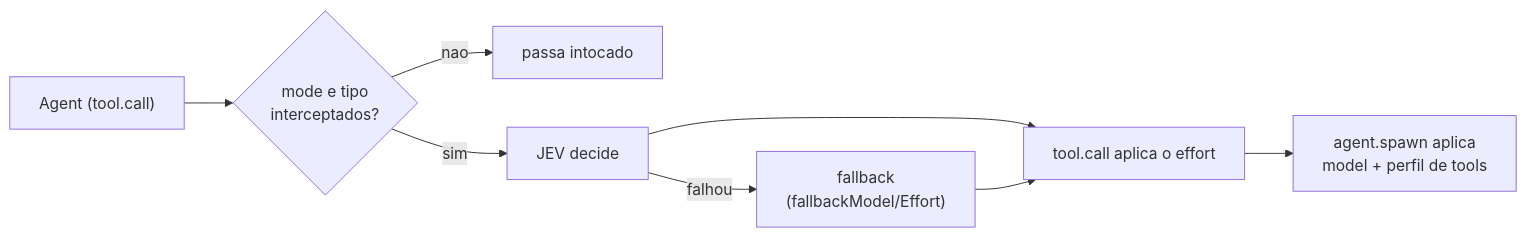
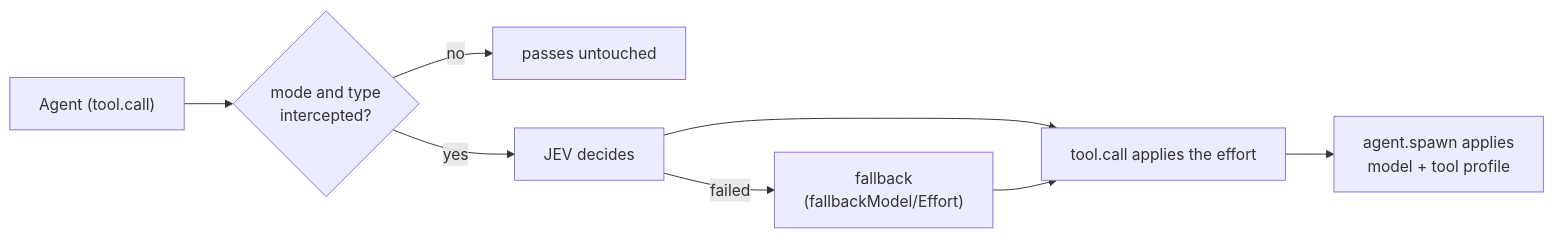
The diagram in README.md (hiyoku/jev-orc), drawn with Mermaid before and after one commit. The commit also changed other lines of this file and 5 other files, not shown here.

````diff
--- a/README.md
+++ b/README.md
@@ -8,10 +10,10 @@
 ```mermaid
 flowchart LR
-  A["Agent (tool.call)"] --> B{"mode e tipo<br/>interceptados?"}
-  B -- nao --> Z["passa intocado"]
-  B -- sim --> C["JEV decide"]
-  C -- falhou --> F["fallback<br/>(fallbackModel/Effort)"]
-  C --> D["tool.call aplica o effort"]
+  A["Agent (tool.call)"] --> B{"mode and type<br/>intercepted?"}
+  B -- no --> Z["passes untouched"]
+  B -- yes --> C["JEV decides"]
+  C -- failed --> F["fallback<br/>(fallbackModel/Effort)"]
+  C --> D["tool.call applies the effort"]
   F --> D
-  D --> E["agent.spawn aplica<br/>model + perfil de tools"]
+  D --> E["agent.spawn applies<br/>model + tool profile"]
 ```
````
